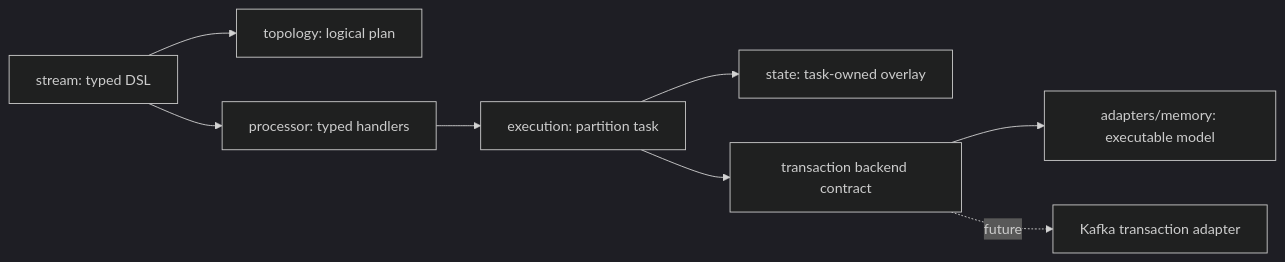
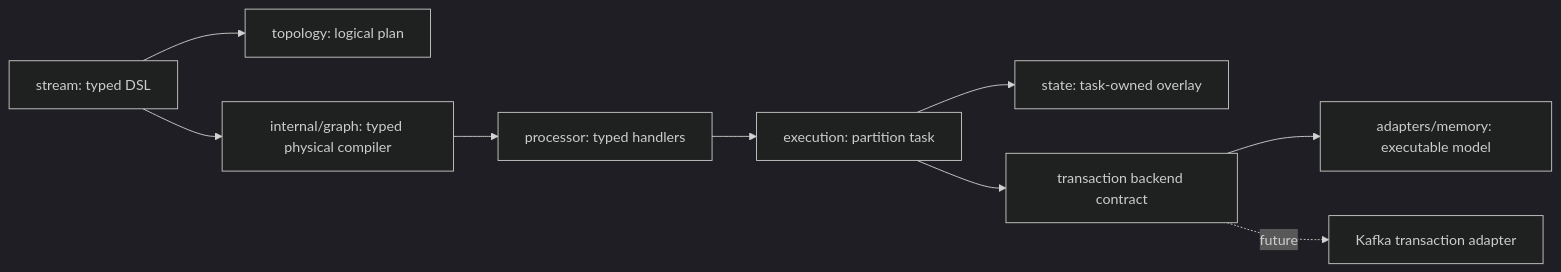
Before and after one commit to SoraDaibu/kstream-go: the diagram in docs/architecture.md, drawn with Mermaid (dark theme). The commit also changed 17 other files, not shown here.

Commit message:
feat: expand typed DSL and instantiate shared graph nodes once per task

````diff
--- a/docs/architecture.md
+++ b/docs/architecture.md
@@ -6,10 +6,11 @@
 ```mermaid
 flowchart LR
   DSL[stream: typed DSL] --> Logical[topology: logical plan]
-  DSL --> Processor[processor: typed handlers]
+  DSL --> Graph[internal/graph: typed physical compiler]
+  Graph --> Processor[processor: typed handlers]
   Processor --> Task[execution: partition task]
   Task --> Store[state: task-owned overlay]
   Task --> Backend[transaction backend contract]
   Backend --> Memory[adapters/memory: executable model]
   Backend -. future .-> Kafka[Kafka transaction adapter]
 ```
````
